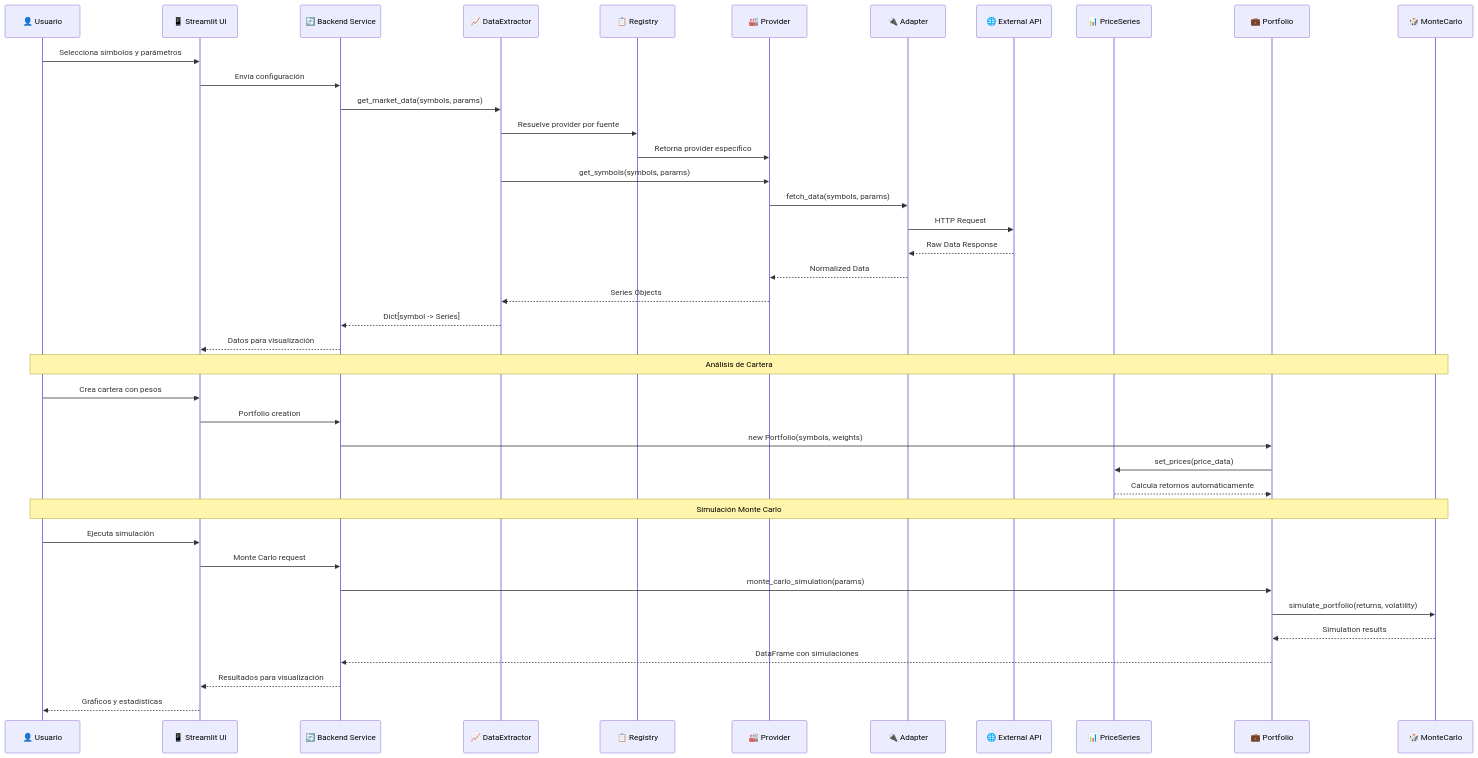
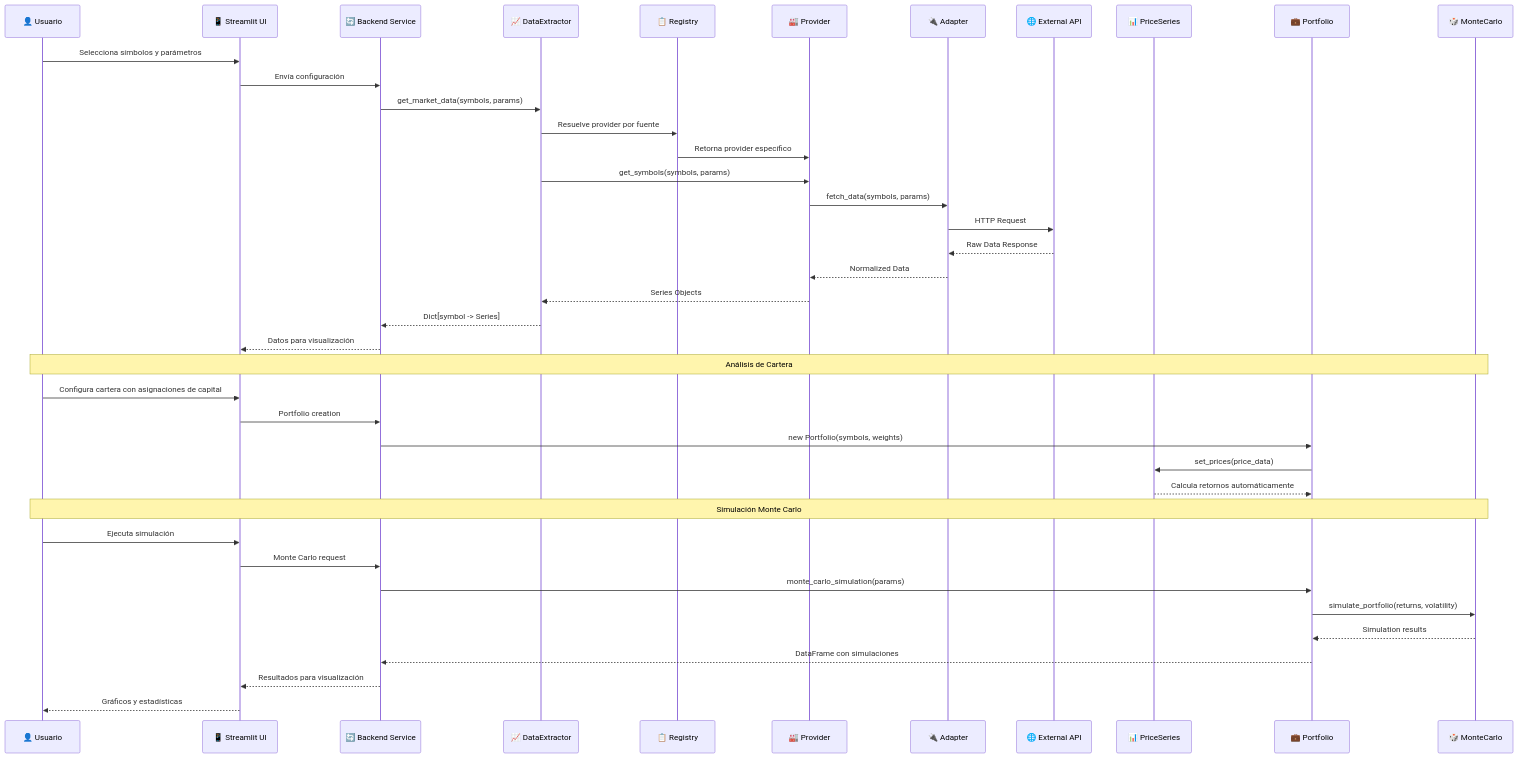
Before and after one commit to AlejandroGCN/analizador-bursatil: the second of 3 diagrams in ARCHITECTURE.md, drawn with Mermaid. The commit also changed other lines of this file and 21 other files, not shown here.

````diff
--- a/ARCHITECTURE.md
+++ b/ARCHITECTURE.md
@@ -123,45 +123,45 @@
 ```mermaid
 sequenceDiagram
     participant U as 👤 Usuario
     participant UI as 📱 Streamlit UI
     participant BE as 🔄 Backend Service
     participant EX as 📈 DataExtractor
     participant REG as 📋 Registry
     participant PR as 🏭 Provider
     participant AD as 🔌 Adapter
     participant API as 🌐 External API
     participant PS as 📊 PriceSeries
     participant PO as 💼 Portfolio
     participant MC as 🎲 MonteCarlo
     
     U->>UI: Selecciona símbolos y parámetros
     UI->>BE: Envía configuración
     BE->>EX: get_market_data(symbols, params)
     EX->>REG: Resuelve provider por fuente
     REG->>PR: Retorna provider específico
     EX->>PR: get_symbols(symbols, params)
     PR->>AD: fetch_data(symbols, params)
     AD->>API: HTTP Request
     API-->>AD: Raw Data Response
     AD-->>PR: Normalized Data
     PR-->>EX: Series Objects
     EX-->>BE: Dict[symbol -> Series]
     BE-->>UI: Datos para visualización
     
     Note over U,MC: Análisis de Cartera
-    U->>UI: Crea cartera con pesos
+    U->>UI: Configura cartera con asignaciones de capital
     UI->>BE: Portfolio creation
     BE->>PO: new Portfolio(symbols, weights)
     PO->>PS: set_prices(price_data)
     PS-->>PO: Calcula retornos automáticamente
     
     Note over U,MC: Simulación Monte Carlo
     U->>UI: Ejecuta simulación
     UI->>BE: Monte Carlo request
     BE->>PO: monte_carlo_simulation(params)
     PO->>MC: simulate_portfolio(returns, volatility)
     MC-->>PO: Simulation results
     PO-->>BE: DataFrame con simulaciones
     BE-->>UI: Resultados para visualización
     UI-->>U: Gráficos y estadísticas
 ```
````
